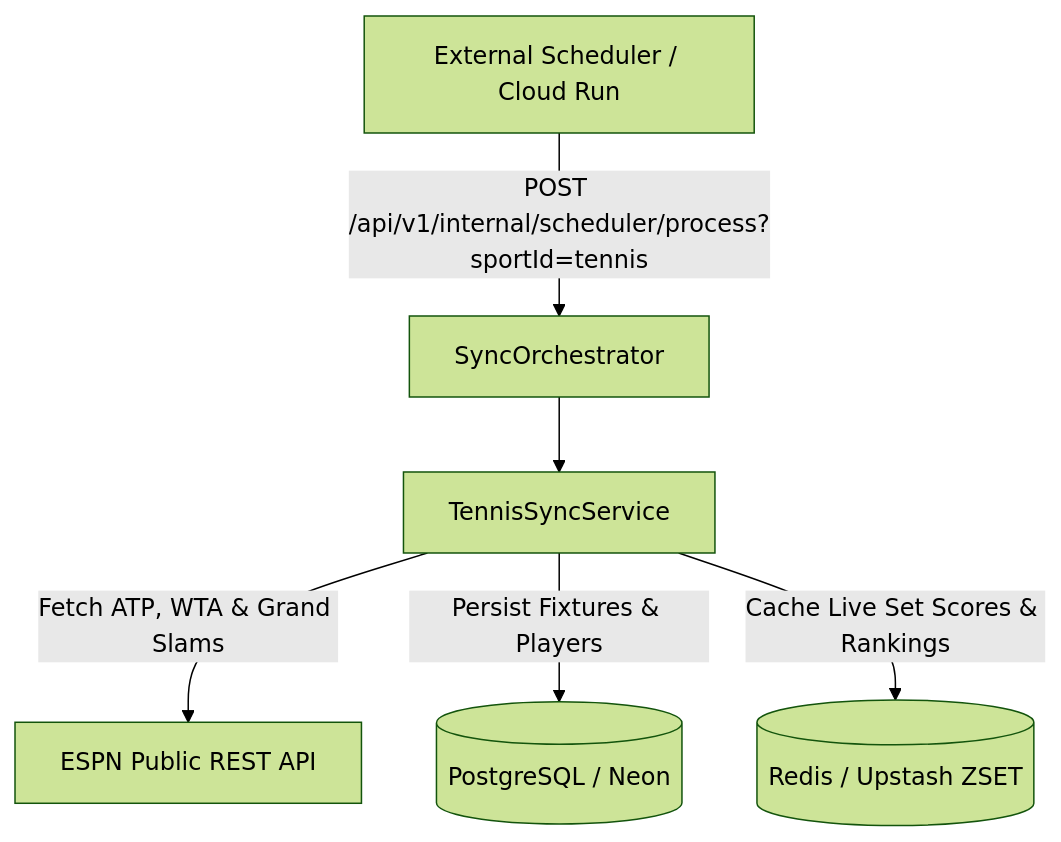
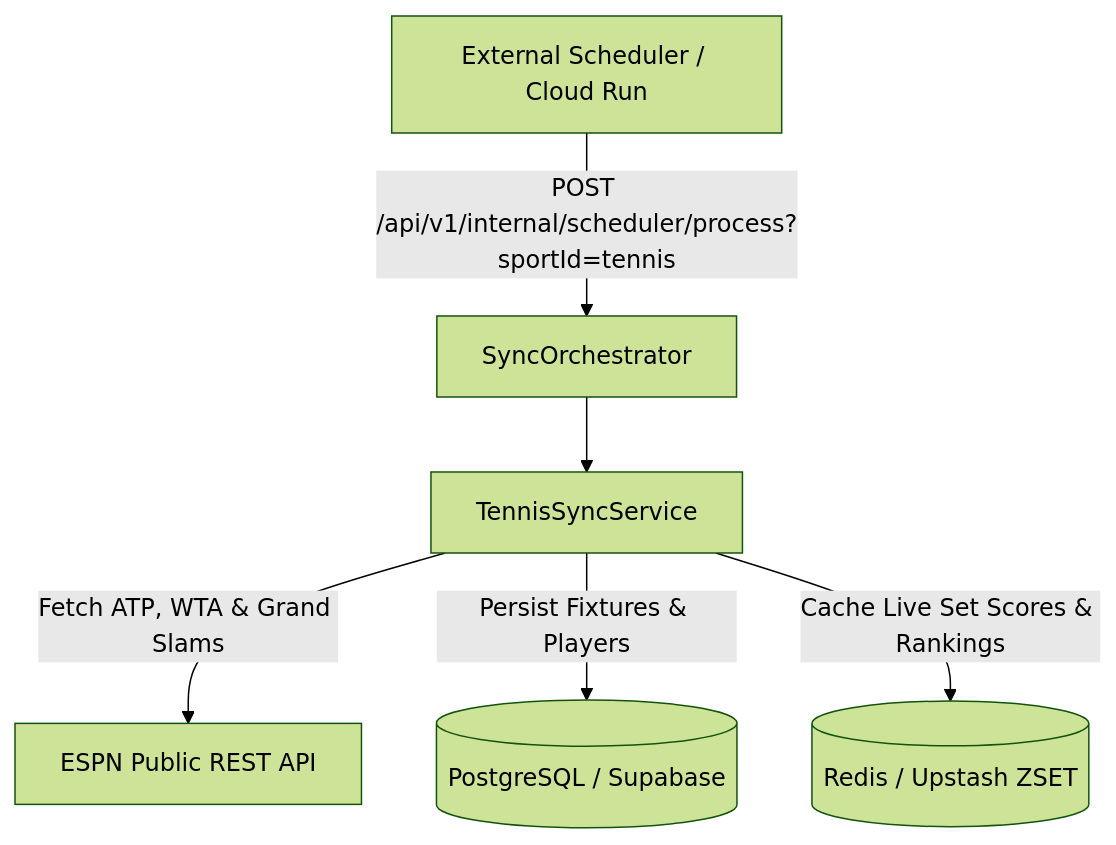
One commit to lvmp/ligadospalpites-core changed the diagram in docs/tennis_prd.md. Above: the diagram before and after it, drawn with Mermaid (forest theme). The commit also changed 18 other files, not shown here.

Commit message:
docs(persistence): migrate relational database standardization from Neon to Supabase PostgreSQL

````diff
--- a/docs/tennis_prd.md
+++ b/docs/tennis_prd.md
@@ -55,8 +55,8 @@
 ```mermaid
 graph TD
     A[External Scheduler / Cloud Run] -->|POST /api/v1/internal/scheduler/process?sportId=tennis| B[SyncOrchestrator]
     B --> C[TennisSyncService]
     C -->|Fetch ATP, WTA & Grand Slams| D[ESPN Public REST API]
-    C -->|Persist Fixtures & Players| E[(PostgreSQL / Neon)]
+    C -->|Persist Fixtures & Players| E[(PostgreSQL / Supabase)]
     C -->|Cache Live Set Scores & Rankings| F[(Redis / Upstash ZSET)]
 ```
````
